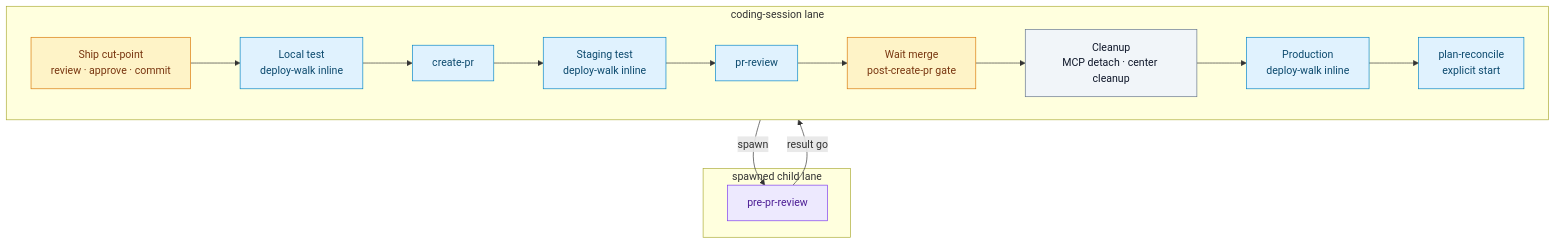
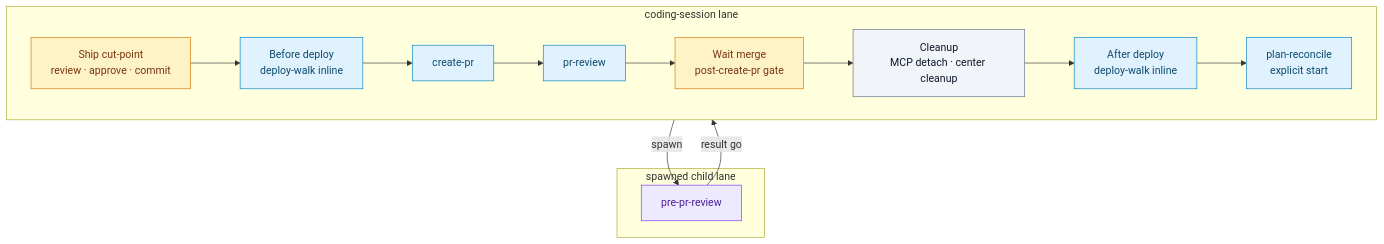
The second of 3 diagrams in docs/development-process.md (sedea-tapcart/research-and-development), drawn with Mermaid before and after one commit. The commit also changed other lines of this file and 27 other files, not shown here.

````diff
--- a/docs/development-process.md
+++ b/docs/development-process.md
@@ -651,29 +180,28 @@
 ```mermaid
 flowchart TB
  classDef inline fill:#e0f2fe,stroke:#0284c7,color:#0c4a6e
  classDef spawn fill:#ede9fe,stroke:#7c3aed,color:#4c1d95
  classDef gate fill:#fef3c7,stroke:#d97706,color:#78350f
  classDef proc fill:#f1f5f9,stroke:#64748b,color:#0f172a
 
  subgraph CS["coding-session lane"]
  direction LR
  CUT["Ship cut-point<br/>review · approve · commit"]:::gate
- LTW["Local test<br/>deploy-walk inline"]:::inline
+ BDW["Before deploy<br/>deploy-walk inline"]:::inline
  CPR["create-pr"]:::inline
- STW["Staging test<br/>deploy-walk inline"]:::inline
  PRV["pr-review"]:::inline
  WAIT["Wait merge<br/>post-create-pr gate"]:::gate
  PMC["Cleanup<br/>MCP detach · center cleanup"]:::proc
- ADW["Production<br/>deploy-walk inline"]:::inline
+ ADW["After deploy<br/>deploy-walk inline"]:::inline
  REC["plan-reconcile<br/>explicit start"]:::inline
- CUT --> LTW --> CPR
- CPR --> STW --> PRV --> WAIT --> PMC --> ADW --> REC
+ CUT --> BDW --> CPR
+ CPR --> PRV --> WAIT --> PMC --> ADW --> REC
  end
 
  subgraph CHILD["spawned child lane"]
  PPR["pre-pr-review"]:::spawn
  end
 
- LTW -->|spawn| PPR
+ BDW -->|spawn| PPR
  PPR -->|result go| CPR
 ```
````
